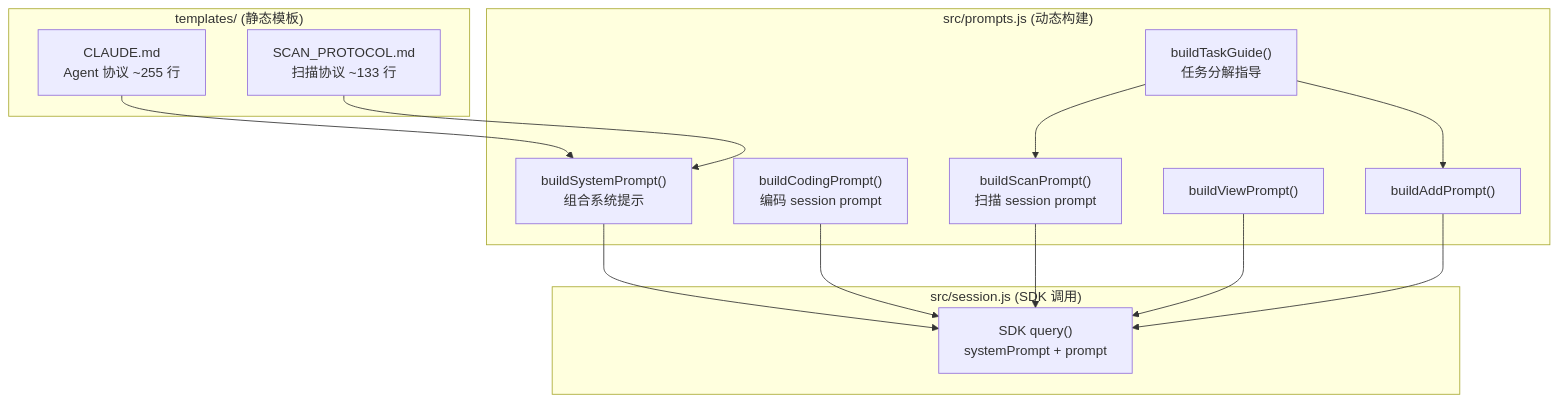
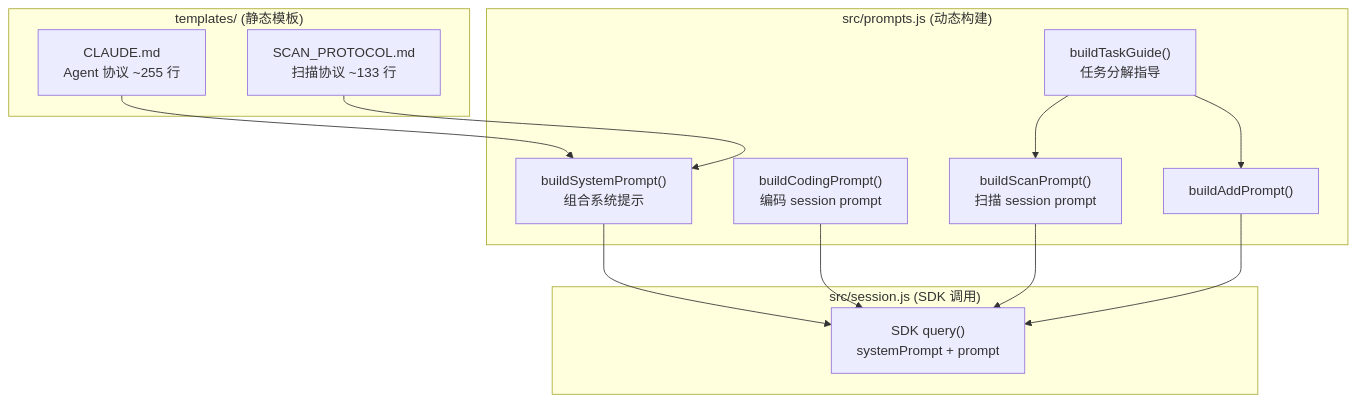
Before and after one commit to lk19940215/long_running_agent: the third of 5 diagrams in docs/ARCHITECTURE.md, drawn with Mermaid. The commit also changed other lines of this file and 7 other files, not shown here.

````diff
--- a/docs/ARCHITECTURE.md
+++ b/docs/ARCHITECTURE.md
@@ -156,30 +153,28 @@
 ```mermaid
 flowchart TB
     subgraph Templates["templates/ (静态模板)"]
         claude_md["CLAUDE.md<br/>Agent 协议 ~255 行"]
         scan_md["SCAN_PROTOCOL.md<br/>扫描协议 ~133 行"]
     end
 
     subgraph Prompts["src/prompts.js (动态构建)"]
         sys_p["buildSystemPrompt()<br/>组合系统提示"]
         coding_p["buildCodingPrompt()<br/>编码 session prompt"]
         task_g["buildTaskGuide()<br/>任务分解指导"]
         scan_p["buildScanPrompt()<br/>扫描 session prompt"]
-        view_p["buildViewPrompt()"]
         add_p["buildAddPrompt()"]
     end
 
     subgraph Session["src/session.js (SDK 调用)"]
         query["SDK query()<br/>systemPrompt + prompt"]
     end
 
     claude_md --> sys_p
     scan_md --> sys_p
     sys_p --> query
     coding_p --> query
     task_g --> scan_p
     task_g --> add_p
     scan_p --> query
-    view_p --> query
     add_p --> query
 ```
````
